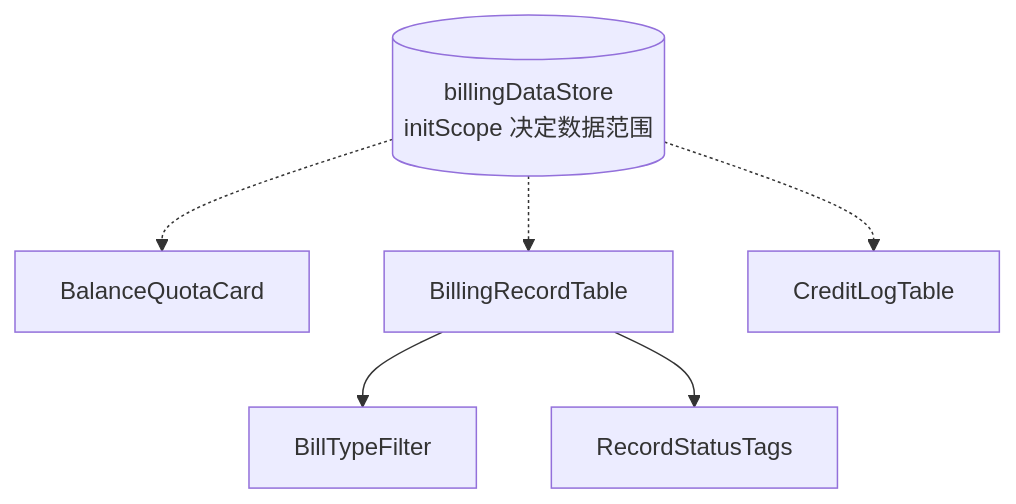
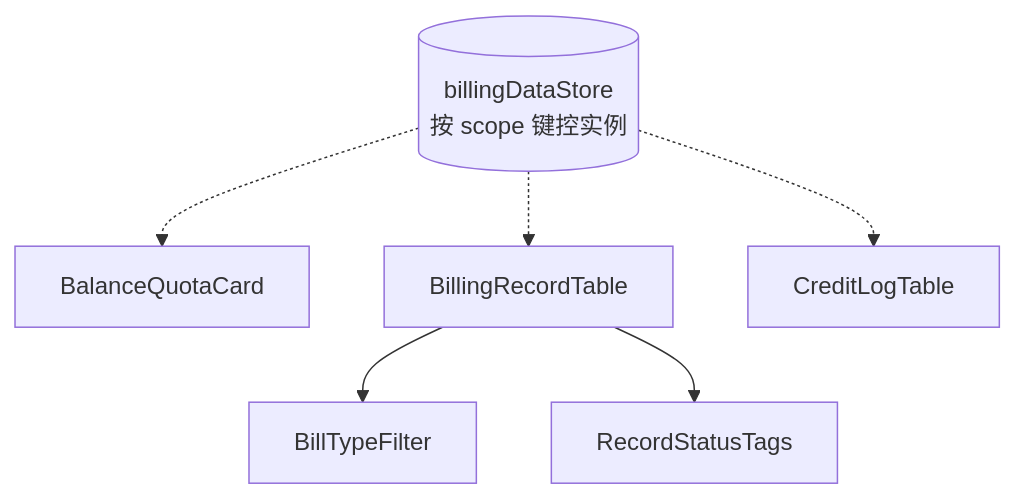
Before and after one commit to earthy-zinc/dehaze-system: the diagram in dehaze-doc/docs/03-模块设计/基础模块/AI计费管理/前端实现-公共.md, drawn with Mermaid. The commit also changed other lines of this file and 2348 other files, not shown here.

````diff
--- a/dehaze-doc/docs/03-模块设计/基础模块/AI计费管理/前端实现-公共.md
+++ b/dehaze-doc/docs/03-模块设计/基础模块/AI计费管理/前端实现-公共.md
@@ -15,9 +15,9 @@
 ```mermaid
 flowchart TD
-    Store[(billingDataStore<br/>initScope 决定数据范围)]
+    Store[(billingDataStore<br/>按 scope 键控实例)]
     Store -.-> BalanceQuotaCard
     Store -.-> BillingRecordTable
     Store -.-> CreditLogTable
     BillingRecordTable --> BillTypeFilter
     BillingRecordTable --> RecordStatusTags
 ```
````
